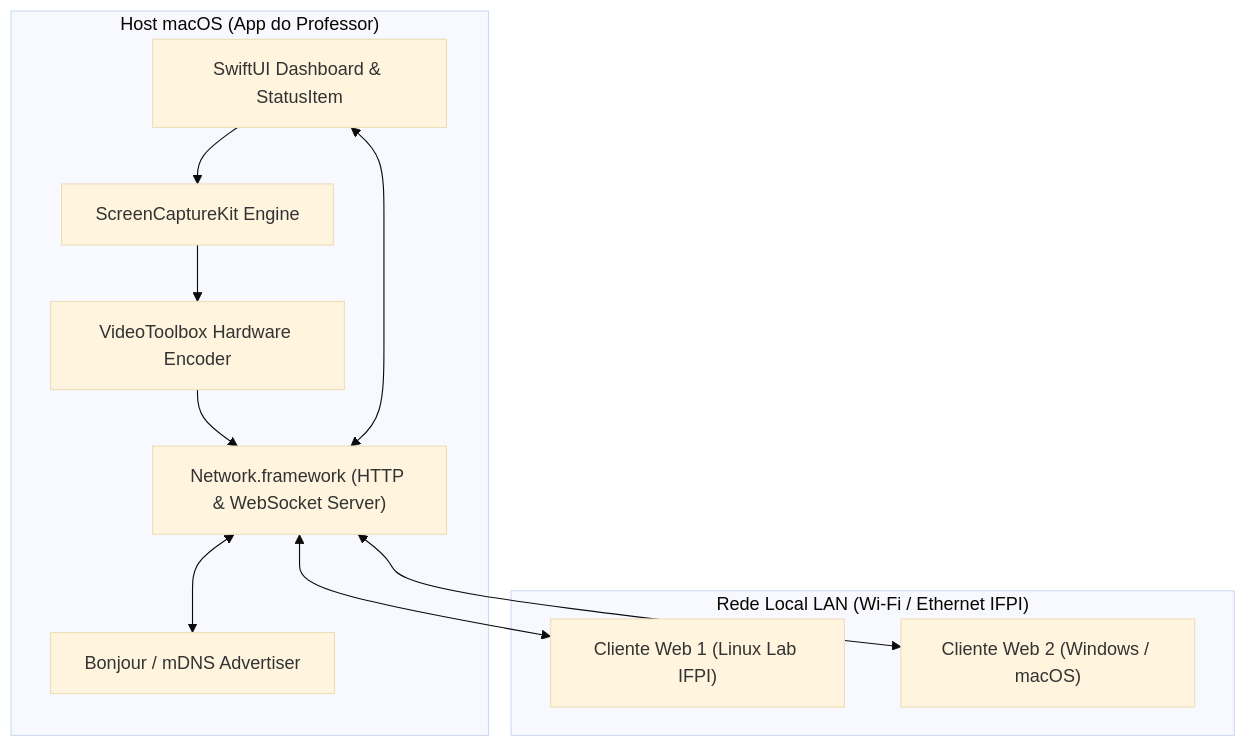
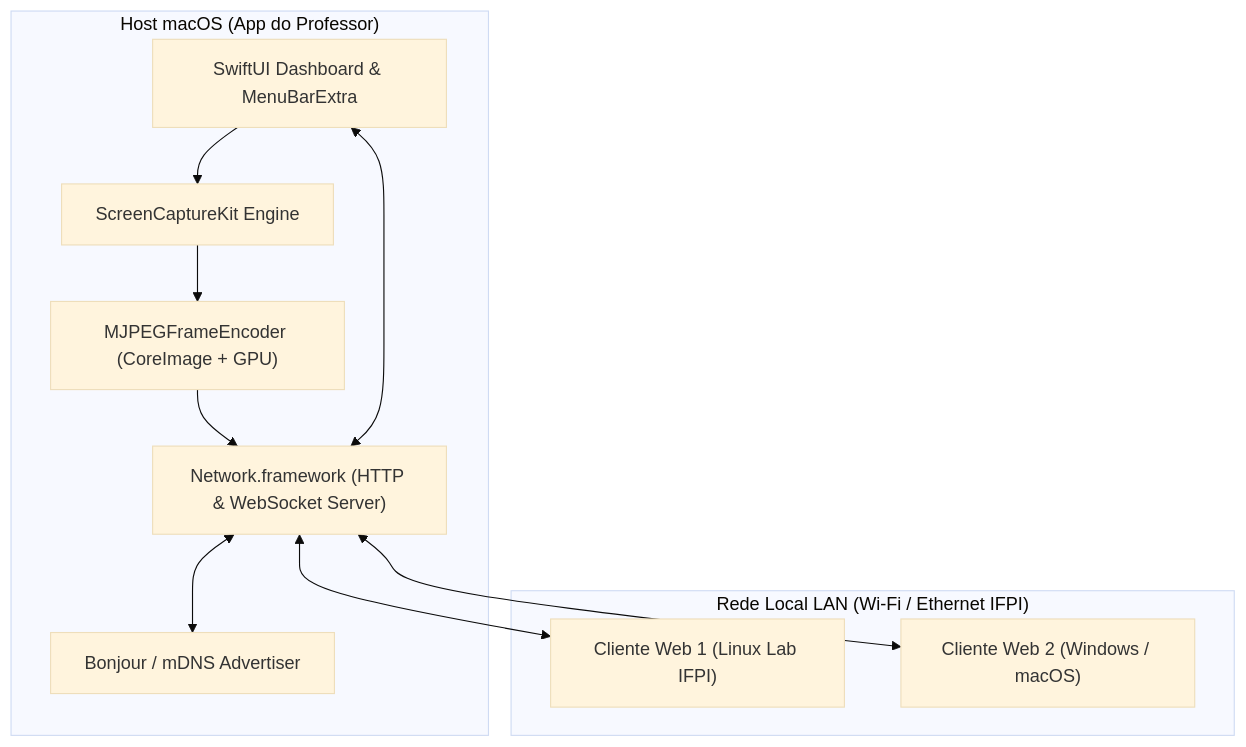
Before and after one commit to watusalen/aulacast: the first of 2 diagrams in docs/04-arquitetura-e-design.md, drawn with Mermaid (base theme). The commit also changed other lines of this file and 3 other files, not shown here.

````diff
--- a/docs/04-arquitetura-e-design.md
+++ b/docs/04-arquitetura-e-design.md
@@ -10,24 +10,24 @@
 ```mermaid
 flowchart TB
     subgraph Host["Host macOS (App do Professor)"]
-        UI["SwiftUI Dashboard & StatusItem"]
+        UI["SwiftUI Dashboard & MenuBarExtra"]
         SCK["ScreenCaptureKit Engine"]
-        VT["VideoToolbox Hardware Encoder"]
+        ENC["MJPEGFrameEncoder (CoreImage + GPU)"]
         NET["Network.framework (HTTP & WebSocket Server)"]
         MDNS["Bonjour / mDNS Advertiser"]
 
         UI --> SCK
-        SCK --> VT
-        VT --> NET
+        SCK --> ENC
+        ENC --> NET
         UI <--> NET
         NET <--> MDNS
     end
 
     subgraph LAN["Rede Local LAN (Wi-Fi / Ethernet IFPI)"]
         WS1["Cliente Web 1 (Linux Lab IFPI)"]
         WS2["Cliente Web 2 (Windows / macOS)"]
     end
 
     NET <--> WS1
     NET <--> WS2
 ```
````
